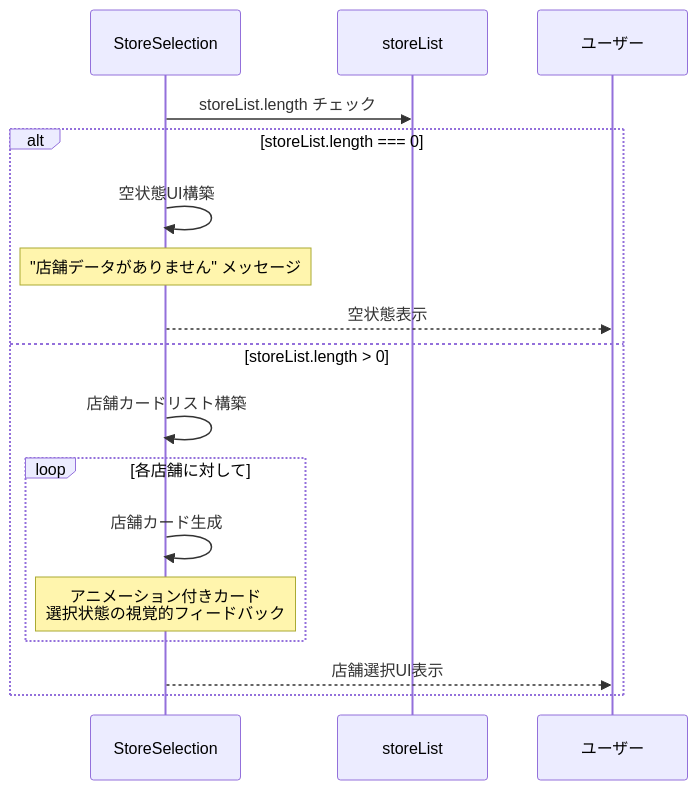
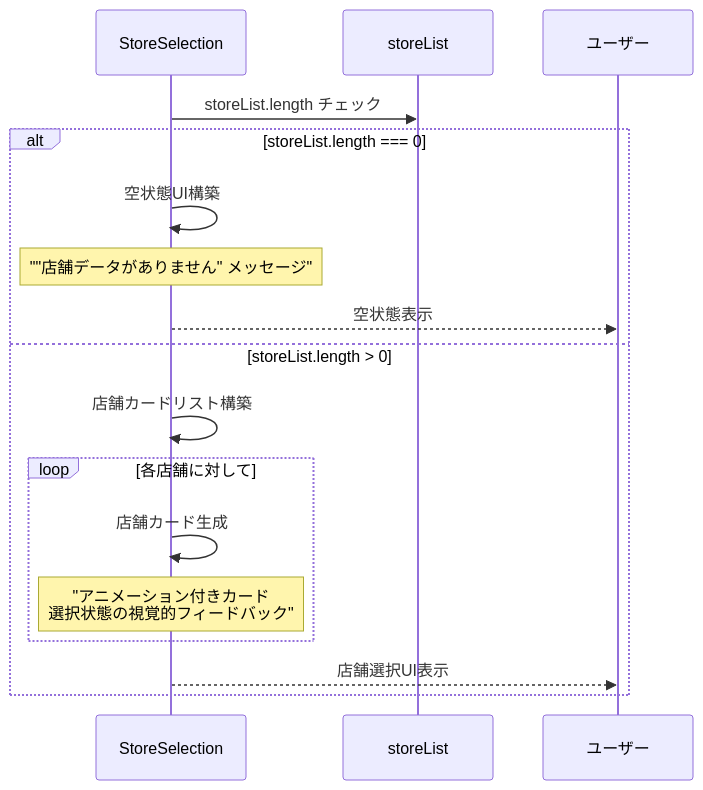
One commit to wasabi49/ocs-systemDevelopmentExercises changed the sixth of 8 diagrams in document/components/sequence/StoreSelection.md. Above: the diagram before and after it, drawn with Mermaid. The commit also changed other lines of this file and 42 other files, not shown here.

First line of the commit message:
fix: mermaidシーケンス図のNote over文でダブルクォーテーション不足を修正

````diff
--- a/document/components/sequence/StoreSelection.md
+++ b/document/components/sequence/StoreSelection.md
@@ -127,23 +127,23 @@
 ```mermaid
 sequenceDiagram
     participant Component as StoreSelection
     participant State as storeList
     participant User as ユーザー
 
     Component->>State: storeList.length チェック
     
     alt storeList.length === 0
         Component->>Component: 空状態UI構築
-        Note over Component: "店舗データがありません" メッセージ
+        Note over Component: ""店舗データがありません" メッセージ"
         Component-->>User: 空状態表示
     else storeList.length > 0
         Component->>Component: 店舗カードリスト構築
         
         loop 各店舗に対して
             Component->>Component: 店舗カード生成
-            Note over Component: アニメーション付きカード<br/>選択状態の視覚的フィードバック
+            Note over Component: "アニメーション付きカード<br/>選択状態の視覚的フィードバック"
         end
         
         Component-->>User: 店舗選択UI表示
     end
 ```
````
